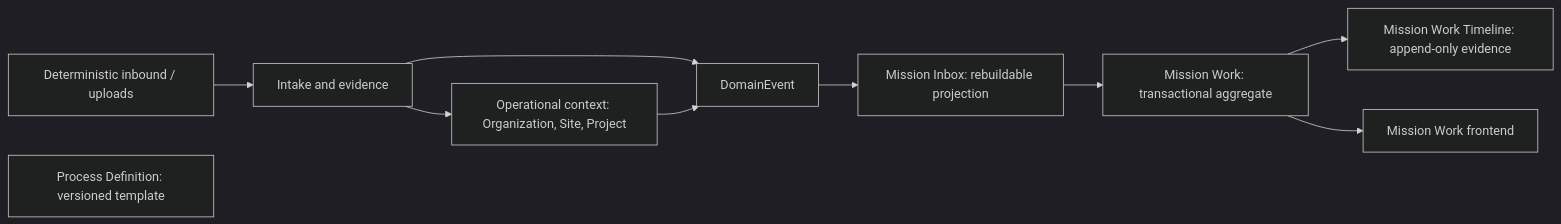
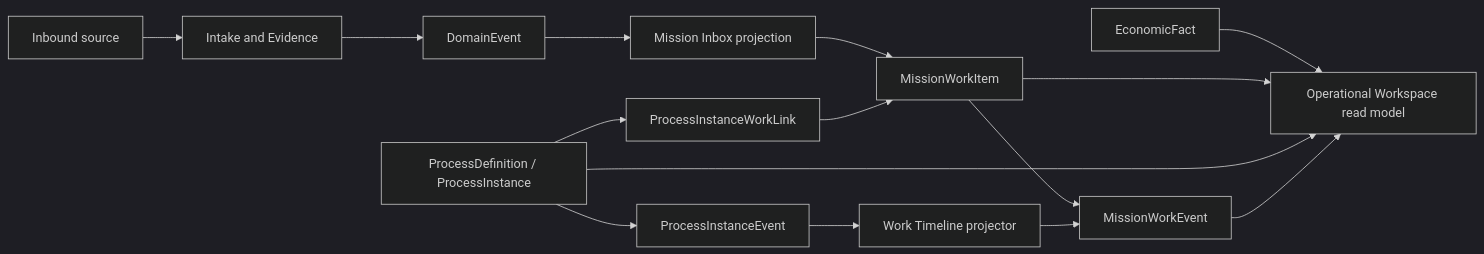
One commit to guillermomdehoyoso-stack/CTO-Office-Yarvis changed the first of 3 diagrams in docs/architecture/YARVIS_AS_IS_ARCHITECTURE.md. Above: the diagram before and after it, drawn with Mermaid (dark theme). The commit also changed other lines of this file and 11 other files, not shown here.

Commit message:
OE-001: define operational execution architecture

````diff
--- a/docs/architecture/YARVIS_AS_IS_ARCHITECTURE.md
+++ b/docs/architecture/YARVIS_AS_IS_ARCHITECTURE.md
@@ -8,12 +8,17 @@
 ```mermaid
 flowchart LR
-    Source["Deterministic inbound / uploads"] --> Intake["Intake and evidence"]
-    Intake --> Events["DomainEvent"]
-    Intake --> Context["Operational context: Organization, Site, Project"]
-    Context --> Events
-    Events --> Inbox["Mission Inbox: rebuildable projection"]
-    Inbox --> Work["Mission Work: transactional aggregate"]
-    Work --> Timeline["Mission Work Timeline: append-only evidence"]
-    Work --> Web["Mission Work frontend"]
-    Process["Process Definition: versioned template"]
+    Source["Inbound source"] --> Intake["Intake and Evidence"]
+    Intake --> DomainEvent["DomainEvent"]
+    DomainEvent --> Inbox["Mission Inbox projection"]
+    Inbox --> Work["MissionWorkItem"]
+    Process["ProcessDefinition / ProcessInstance"] --> Link["ProcessInstanceWorkLink"]
+    Link --> Work
+    Work --> Timeline["MissionWorkEvent"]
+    Process --> ProcessEvent["ProcessInstanceEvent"]
+    ProcessEvent --> Projector["Work Timeline projector"]
+    Projector --> Timeline
+    Economics["EconomicFact"] --> Workspace["Operational Workspace read model"]
+    Work --> Workspace
+    Process --> Workspace
+    Timeline --> Workspace
 ```
````
